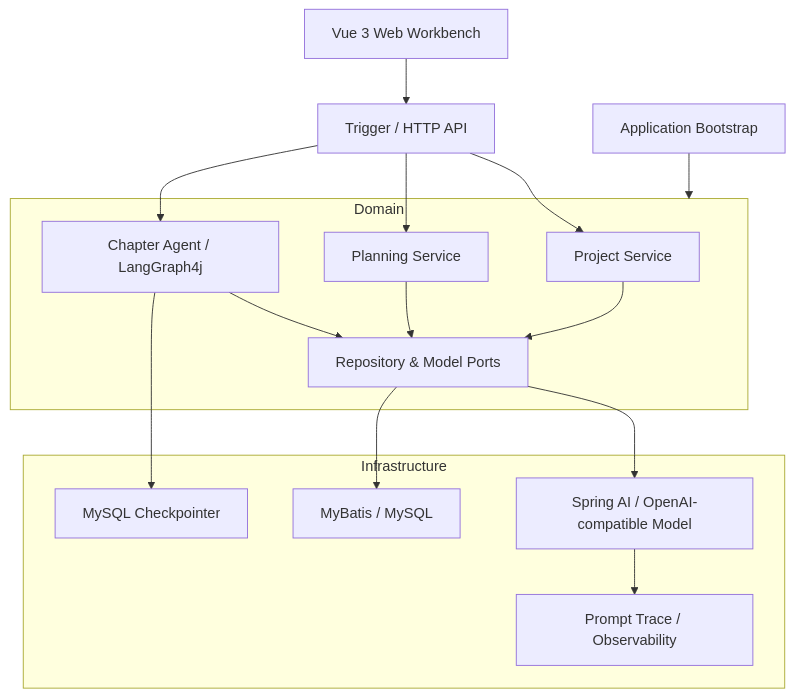
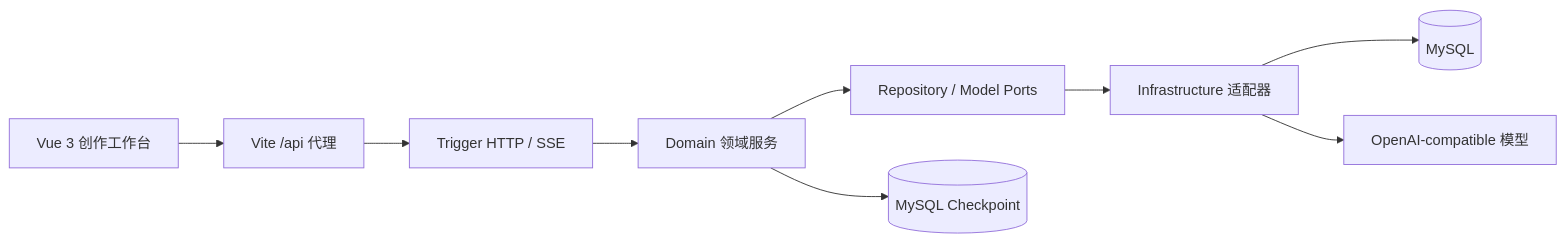
Before and after one commit to shidanshiwo-art/novel-agent-public: the diagram in README.md, drawn with Mermaid. The commit also changed other lines of this file and 5 other files, not shown here.

````diff
--- a/README.md
+++ b/README.md
@@ -140,35 +31,18 @@
 ```mermaid
-flowchart TB
-    WEB[Vue 3 Web Workbench]
-    API[Trigger / HTTP API]
-    APP[Application Bootstrap]
+flowchart LR
+    WEB[Vue 3 创作工作台]
+    PROXY[Vite /api 代理]
+    HTTP[Trigger HTTP / SSE]
+    DOMAIN[Domain 领域服务]
+    PORTS[Repository / Model Ports]
+    INFRA[Infrastructure 适配器]
+    DB[(MySQL)]
+    MODEL[OpenAI-compatible 模型]
+    CHECKPOINT[(MySQL Checkpoint)]
 
-    subgraph DOMAIN[Domain]
-        PROJECT[Project Service]
-        PLAN[Planning Service]
-        AGENT[Chapter Agent / LangGraph4j]
-        PORTS[Repository & Model Ports]
-    end
-
-    subgraph INFRA[Infrastructure]
-        MODEL[Spring AI / OpenAI-compatible Model]
-        DB[MyBatis / MySQL]
-        CHECKPOINT[MySQL Checkpointer]
-        TRACE[Prompt Trace / Observability]
-    end
-
-    WEB --> API
-    API --> PROJECT
-    API --> PLAN
-    API --> AGENT
-    APP --> DOMAIN
-
-    PROJECT --> PORTS
-    PLAN --> PORTS
-    AGENT --> PORTS
-
-    PORTS --> MODEL
-    PORTS --> DB
-    AGENT --> CHECKPOINT
-    MODEL --> TRACE
+    WEB --> PROXY --> HTTP --> DOMAIN
+    DOMAIN --> PORTS --> INFRA
+    INFRA --> DB
+    INFRA --> MODEL
+    DOMAIN --> CHECKPOINT
 ```
````
